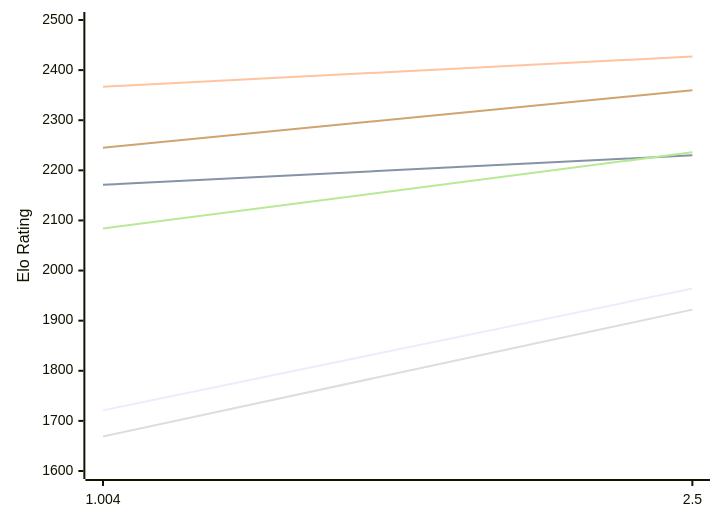
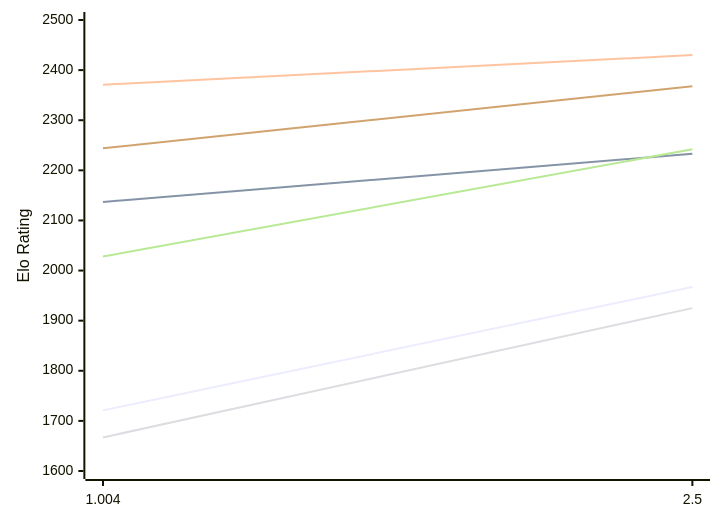
Before and after one commit to computer-chess-index/cci: the first of 2 diagrams in engines/Ares.md, drawn with Mermaid. The commit also changed other lines of this file, not shown here.

Commit message:
Update CCI Ratings (ELO VLTC) - 2026-11-25

````diff
--- a/engines/Ares.md
+++ b/engines/Ares.md
@@ -50,12 +50,12 @@
 ```mermaid
 %%{init: {"theme":"base","themeVariables":{"seriesColors:['#a3a3a3','#222221','#faa371']}}}%%
 xychart-beta
   x-axis ["1.004", "2.5"]
   y-axis "Elo Rating" 1600 --> 2500
-  line "E1: STC (8.0+0.08s)" [1721, 1964]
-  line "E1: LTC (60.0+0.60s)" [2171, 2230]
-  line "E1: VLTC (2m24s+1.12s)" [2367, 2427]
-  line "P1: STC (8.0+0.08s)" [1669, 1922]
-  line "P1: LTC (60.0+0.60s)" [2084, 2236]
-  line "P1: VLTC (2m24s+1.12s)" [2245, 2360]
+  line "E1: STC (8.0+0.08s)" [1721, 1967]
+  line "E1: LTC (60.0+0.60s)" [2137, 2233]
+  line "E1: VLTC (2m24s+1.12s)" [2371, 2430]
+  line "P1: STC (8.0+0.08s)" [1667, 1925]
+  line "P1: LTC (60.0+0.60s)" [2028, 2242]
+  line "P1: VLTC (2m24s+1.12s)" [2244, 2368]
 ```
````
